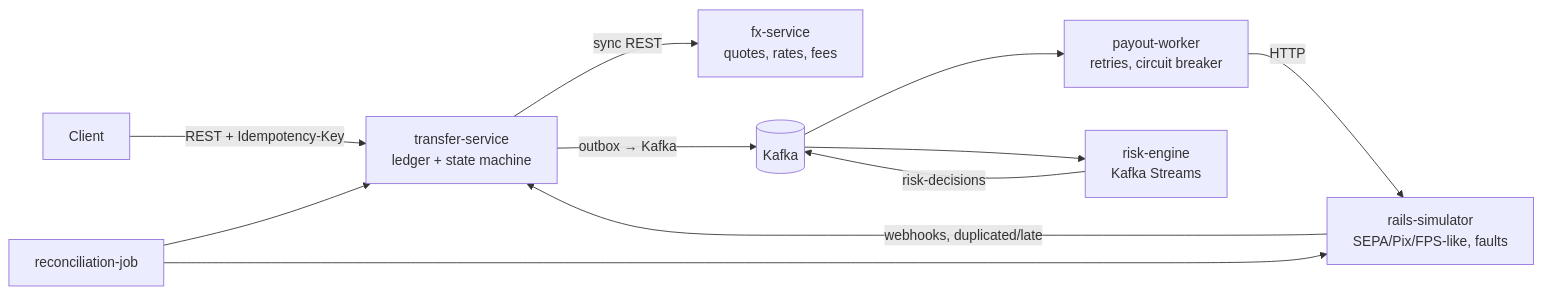
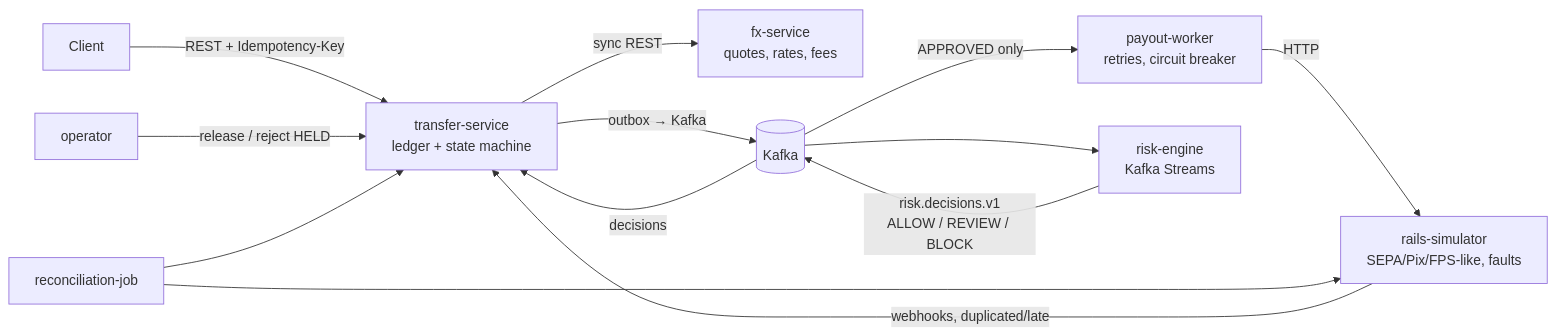
The first of 4 diagrams in docs/architecture.md (nurtayzhanbol-svg/wise-lite), drawn with Mermaid before and after one commit. The commit also changed other lines of this file and 51 other files, not shown here.

First line of the commit message:
M10: end-to-end risk gating with HELD transfers

````diff
--- a/docs/architecture.md
+++ b/docs/architecture.md
@@ -5,13 +5,15 @@
 ```mermaid
 flowchart LR
   Client -->|REST + Idempotency-Key| TS[transfer-service<br/>ledger + state machine]
   TS -->|sync REST| FX[fx-service<br/>quotes, rates, fees]
   TS -->|outbox → Kafka| K[(Kafka)]
-  K --> PO[payout-worker<br/>retries, circuit breaker]
+  K -->|APPROVED only| PO[payout-worker<br/>retries, circuit breaker]
   PO -->|HTTP| RS[rails-simulator<br/>SEPA/Pix/FPS-like, faults]
   RS -->|webhooks, duplicated/late| TS
   K --> RE[risk-engine<br/>Kafka Streams]
-  RE -->|risk-decisions| K
+  RE -->|risk.decisions.v1<br/>ALLOW / REVIEW / BLOCK| K
+  K -->|decisions| TS
+  OP[operator] -->|release / reject HELD| TS
   REC[reconciliation-job] --> TS
   REC --> RS
 ```
````
